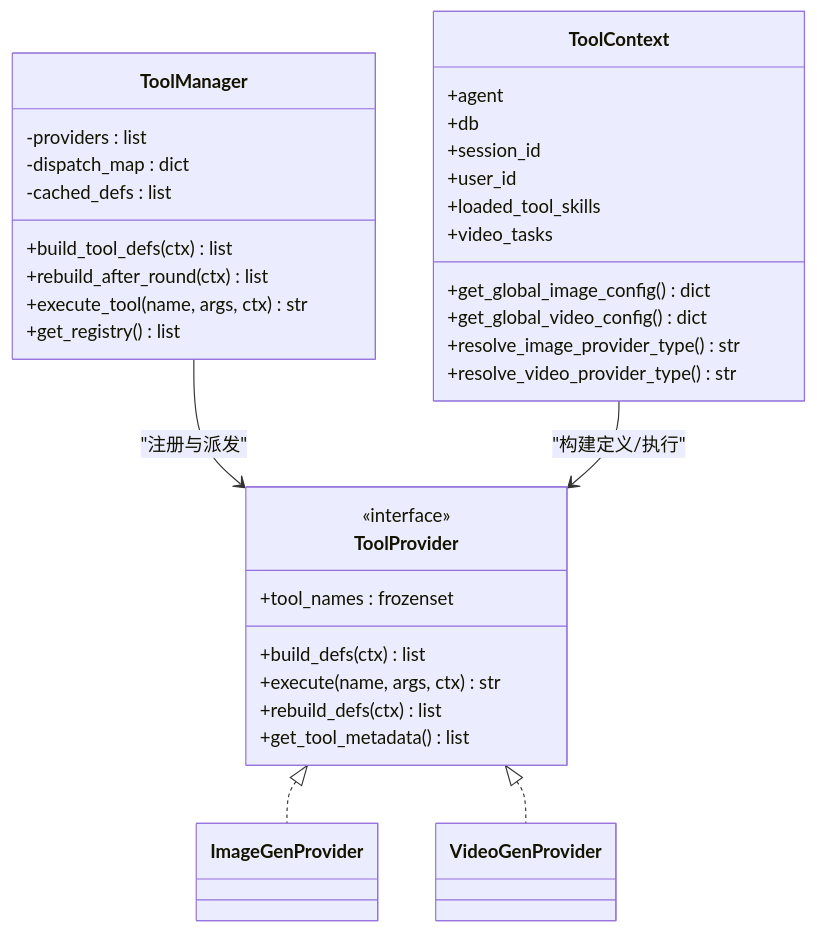
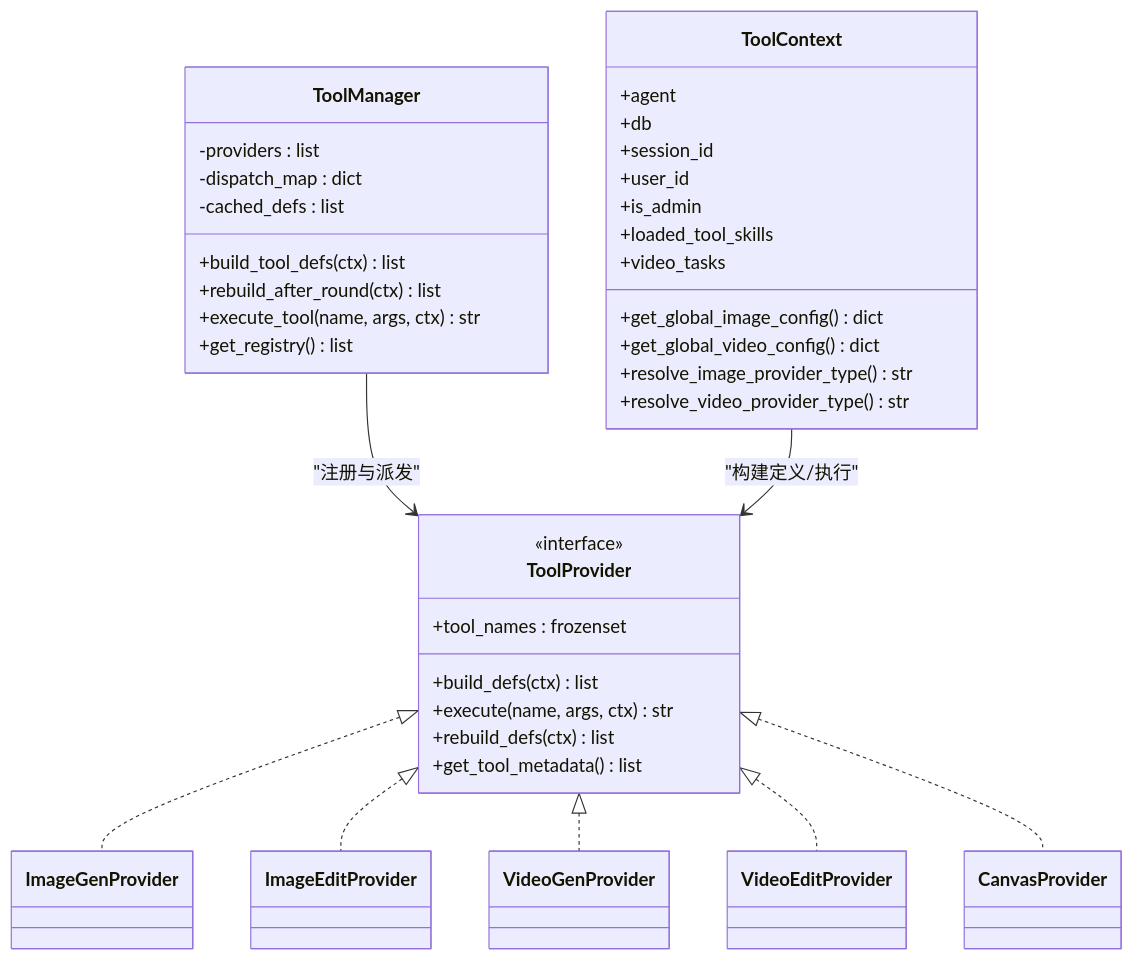
Before and after one commit to KunLabAI/KunFlix: the third of 10 diagrams in .qoder/repowiki/zh/content/AI服务集成/AI服务集成.md, drawn with Mermaid. The commit also changed other lines of this file and 13 other files, not shown here.

First line of the commit message:
feat(tool_manager): 集成图像编辑、视频编辑与画布节点管理工具

````diff
--- a/.qoder/repowiki/zh/content/AI服务集成/AI服务集成.md
+++ b/.qoder/repowiki/zh/content/AI服务集成/AI服务集成.md
@@ -162,36 +181,40 @@
 ```mermaid
 classDiagram
 class ToolManager {
 -providers : list
 -dispatch_map : dict
 -cached_defs : list
 +build_tool_defs(ctx) list
 +rebuild_after_round(ctx) list
 +execute_tool(name, args, ctx) str
 +get_registry() list
 }
 class ToolProvider {
 <<interface>>
 +tool_names : frozenset
 +build_defs(ctx) list
 +execute(name, args, ctx) str
 +rebuild_defs(ctx) list
 +get_tool_metadata() list
 }
 class ToolContext {
 +agent
 +db
 +session_id
 +user_id
++is_admin
 +loaded_tool_skills
 +video_tasks
 +get_global_image_config() dict
 +get_global_video_config() dict
 +resolve_image_provider_type() str
 +resolve_video_provider_type() str
 }
 ToolManager --> ToolProvider : "注册与派发"
 ToolProvider <|.. ImageGenProvider
+ToolProvider <|.. ImageEditProvider
 ToolProvider <|.. VideoGenProvider
+ToolProvider <|.. VideoEditProvider
+ToolProvider <|.. CanvasProvider
 ToolContext --> ToolProvider : "构建定义/执行"
 ```
````
